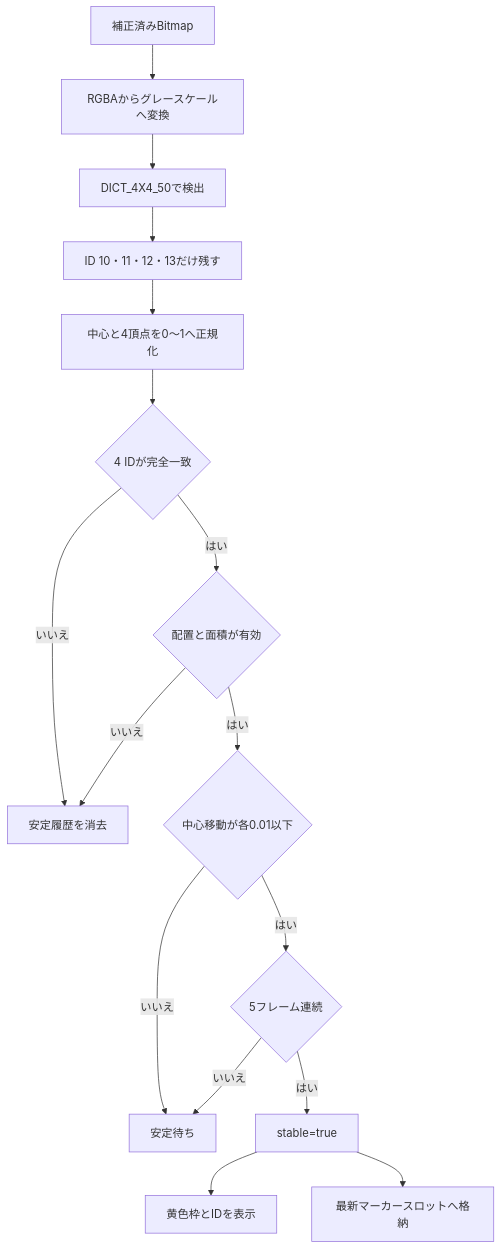
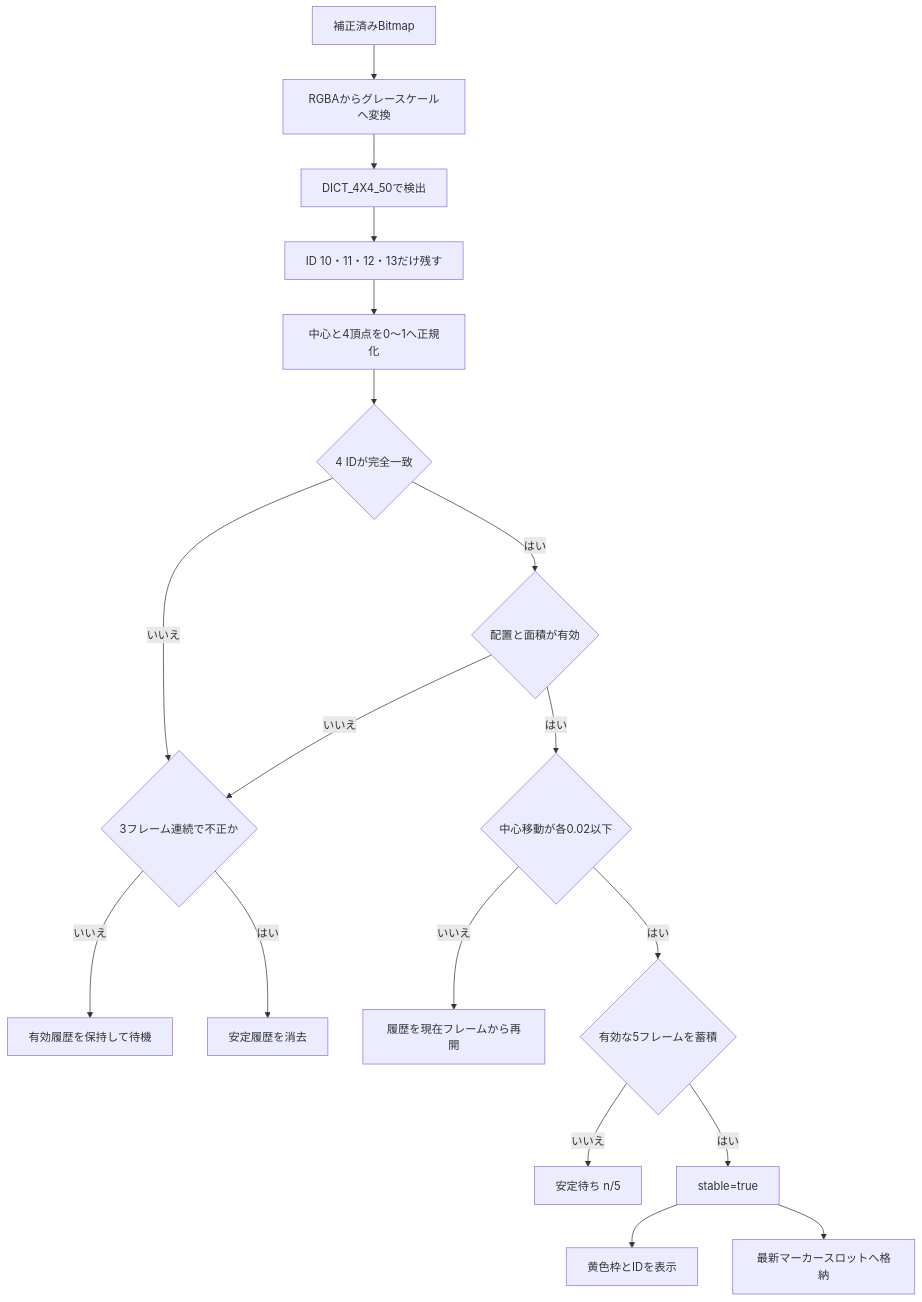
The ninth of 17 diagrams in docs/android-current-spec.md (KIT-DevelopersHub/screact), drawn with Mermaid before and after one commit. The commit also changed other lines of this file and 7 other files, not shown here.

````diff
--- a/docs/android-current-spec.md
+++ b/docs/android-current-spec.md
@@ -308,18 +308,20 @@
 ```mermaid
 flowchart TD
     Frame[補正済みBitmap] --> Gray[RGBAからグレースケールへ変換]
     Gray --> Detect[DICT_4X4_50で検出]
     Detect --> Filter[ID 10・11・12・13だけ残す]
     Filter --> Normalize[中心と4頂点を0〜1へ正規化]
     Normalize --> Four{4 IDが完全一致}
-    Four -->|いいえ| Reset[安定履歴を消去]
+    Four -->|いいえ| Missing{3フレーム連続で不正か}
+    Missing -->|いいえ| InvalidWait[有効履歴を保持して待機]
+    Missing -->|はい| Reset[安定履歴を消去]
     Four -->|はい| Layout{配置と面積が有効}
-    Layout -->|いいえ| Reset
-    Layout -->|はい| Movement{中心移動が各0.01以下}
-    Movement -->|いいえ| Wait[安定待ち]
-    Movement -->|はい| Frames{5フレーム連続}
-    Frames -->|いいえ| Wait
+    Layout -->|いいえ| Missing
+    Layout -->|はい| Movement{中心移動が各0.02以下}
+    Movement -->|いいえ| Restart[履歴を現在フレームから再開]
+    Movement -->|はい| Frames{有効な5フレームを蓄積}
+    Frames -->|いいえ| Progress[安定待ち n/5]
     Frames -->|はい| Stable[stable=true]
     Stable --> Overlay[黄色枠とIDを表示]
     Stable --> Send[最新マーカースロットへ格納]
 ```
````
